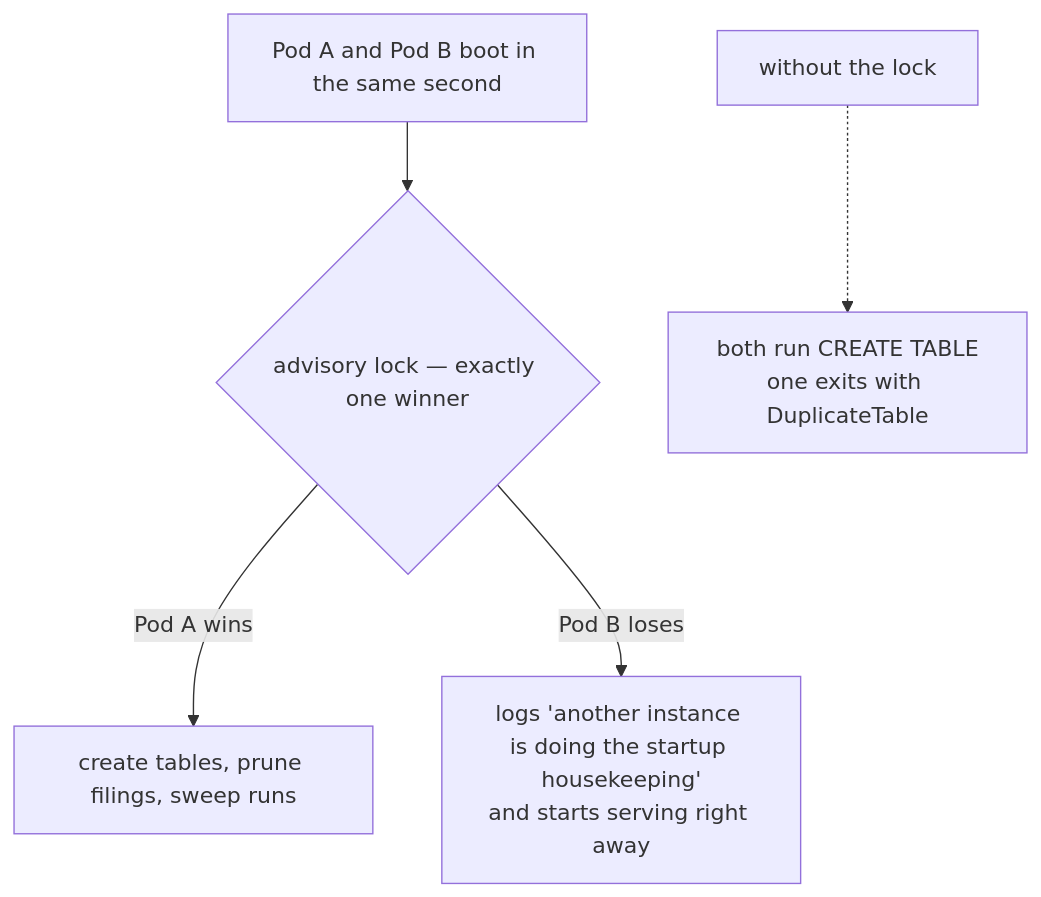
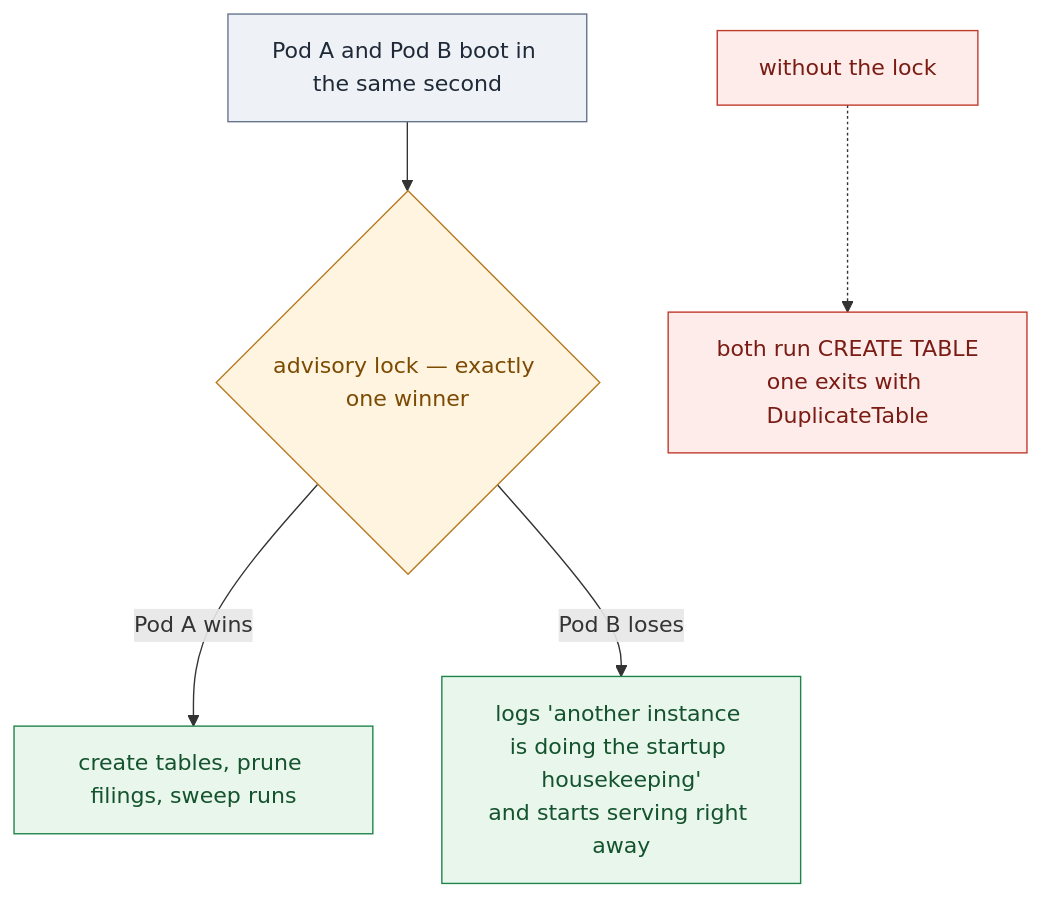
Before and after one commit to selvakumarperumal/Corporate_Filing_Analyzer_Agent: diagram 12 of 15 in docs/TESTING-SCALING.md, drawn with Mermaid. The commit also changed other lines of this file, not shown here.

Commit message:
docs: style mermaid diagrams and add 'When it happens' context callouts across scaling test rows

````diff
--- a/docs/TESTING-SCALING.md
+++ b/docs/TESTING-SCALING.md
@@ -1069,7 +1219,16 @@
 ```mermaid
 flowchart TB
   S["Pod A and Pod B boot in the same second"] --> L{"advisory lock — exactly one winner"}
   L -->|"Pod A wins"| W["create tables, prune filings, sweep runs"]
   L -->|"Pod B loses"| SK["logs 'another instance is doing the startup housekeeping'<br/>and starts serving right away"]
   NL["without the lock"] -.-> XX["both run CREATE TABLE<br/>one exits with DuplicateTable"]
+  classDef step fill:#eef2f7,stroke:#64748b,color:#1f2937
+  classDef bad fill:#fdecea,stroke:#c0392b,color:#7b1c14
+  classDef good fill:#e8f6ec,stroke:#1e8449,color:#14532d
+  classDef warn fill:#fff4e0,stroke:#b7791f,color:#7c4a03
+  classDef fix fill:#eef2ff,stroke:#4f46e5,color:#312e81
+  class S step
+  class L warn
+  class W,SK good
+  class NL,XX bad
 ```
````
